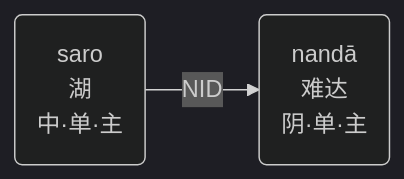
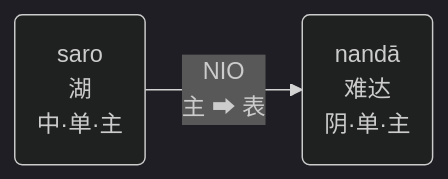
The first of 2 diagrams in src/basic-relation/nom/nom-nid.md (iapt-platform/pali-handbook), drawn with Mermaid (dark theme) before and after one commit. The commit also changed other lines of this file and 2 other files, not shown here.

Commit message:
:art:关系图美化

```diff
--- a/src/basic-relation/nom/nom-nid.md
+++ b/src/basic-relation/nom/nom-nid.md
@@ -12,6 +12,6 @@
 <div class="mermaid">
 flowchart LR
 A("saro<br>湖<br>中·单·主")
 B("nandā<br>难达<br>阴·单·主")
-A--"NID"-->B
+A--"NIO<br>主 ➡ 表"-->B
 </div>
```
